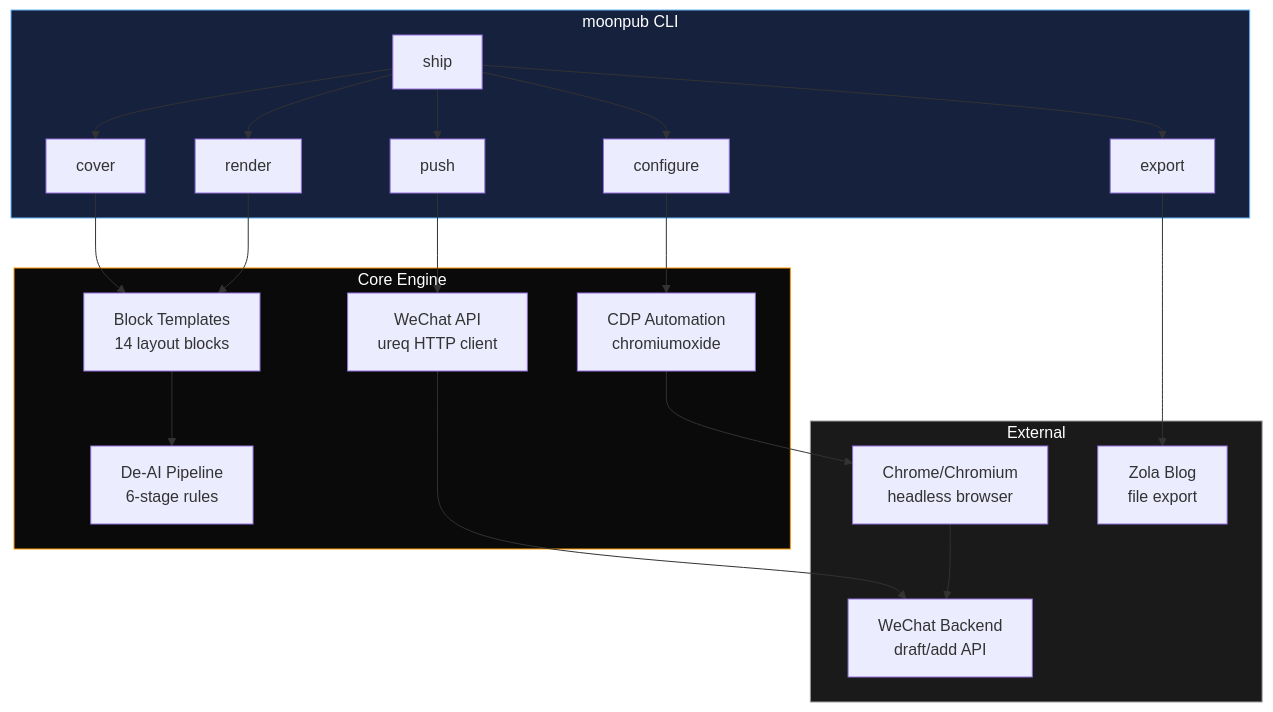
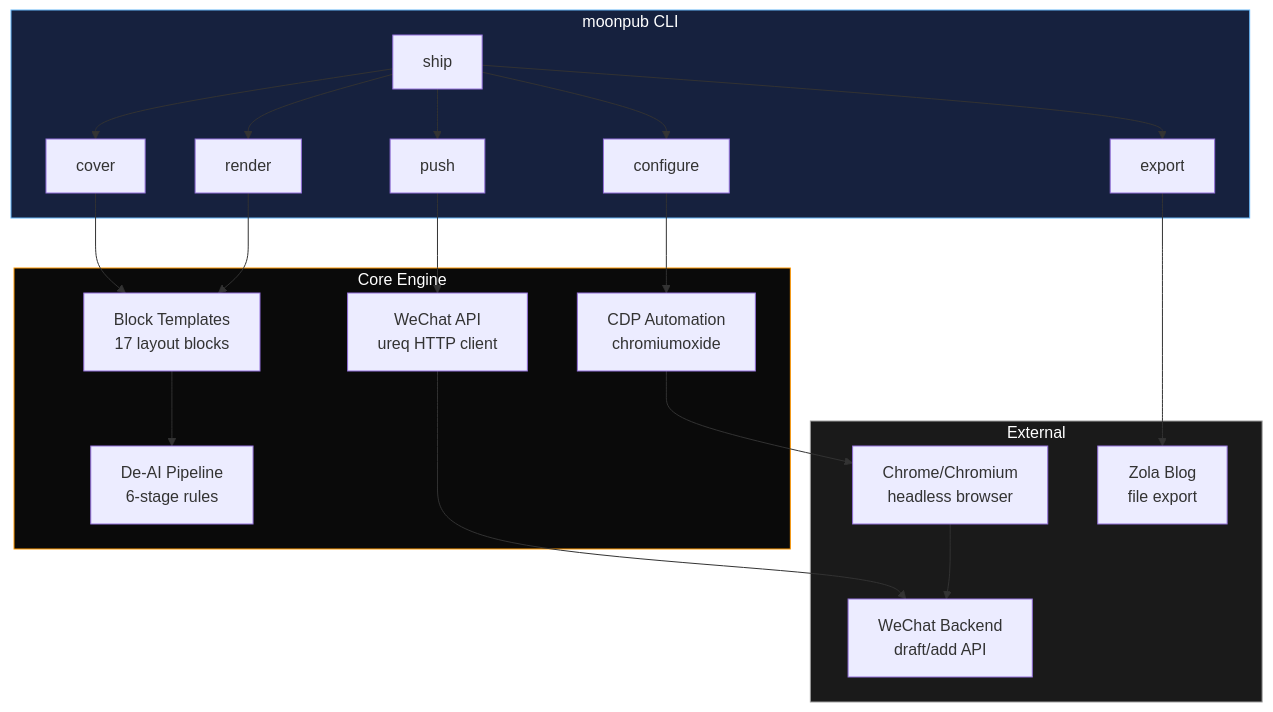
Before and after one commit to qiaopengjun5162/moonpub: the second of 2 diagrams in README.md, drawn with Mermaid. The commit also changed other lines of this file and 13 other files, not shown here.

````diff
--- a/README.md
+++ b/README.md
@@ -103,34 +103,34 @@
 ```mermaid
 graph TB
     subgraph CLI["moonpub CLI"]
         ship["ship"]
         cover["cover"]
         render["render"]
         push["push"]
         configure["configure"]
         export["export"]
     end
 
     subgraph Core["Core Engine"]
-        Block["Block Templates<br/>14 layout blocks"]
+        Block["Block Templates<br/>17 layout blocks"]
         Humanize["De-AI Pipeline<br/>6-stage rules"]
         WechatAPI["WeChat API<br/>ureq HTTP client"]
         CDP["CDP Automation<br/>chromiumoxide"]
     end
 
     subgraph External["External"]
         WX["WeChat Backend<br/>draft/add API"]
         Chrome["Chrome/Chromium<br/>headless browser"]
         Blog["Zola Blog<br/>file export"]
     end
 
     ship --> cover --> Block
     ship --> render --> Block --> Humanize
     ship --> push --> WechatAPI --> WX
     ship --> configure --> CDP --> Chrome --> WX
     ship --> export --> Blog
 
     style CLI fill:#16213e,stroke:#64b5f6,color:#fff
     style Core fill:#0a0a0a,stroke:#ff9800,color:#fff
     style External fill:#1a1a1a,stroke:#9e9e9e,color:#fff
 ```
````
